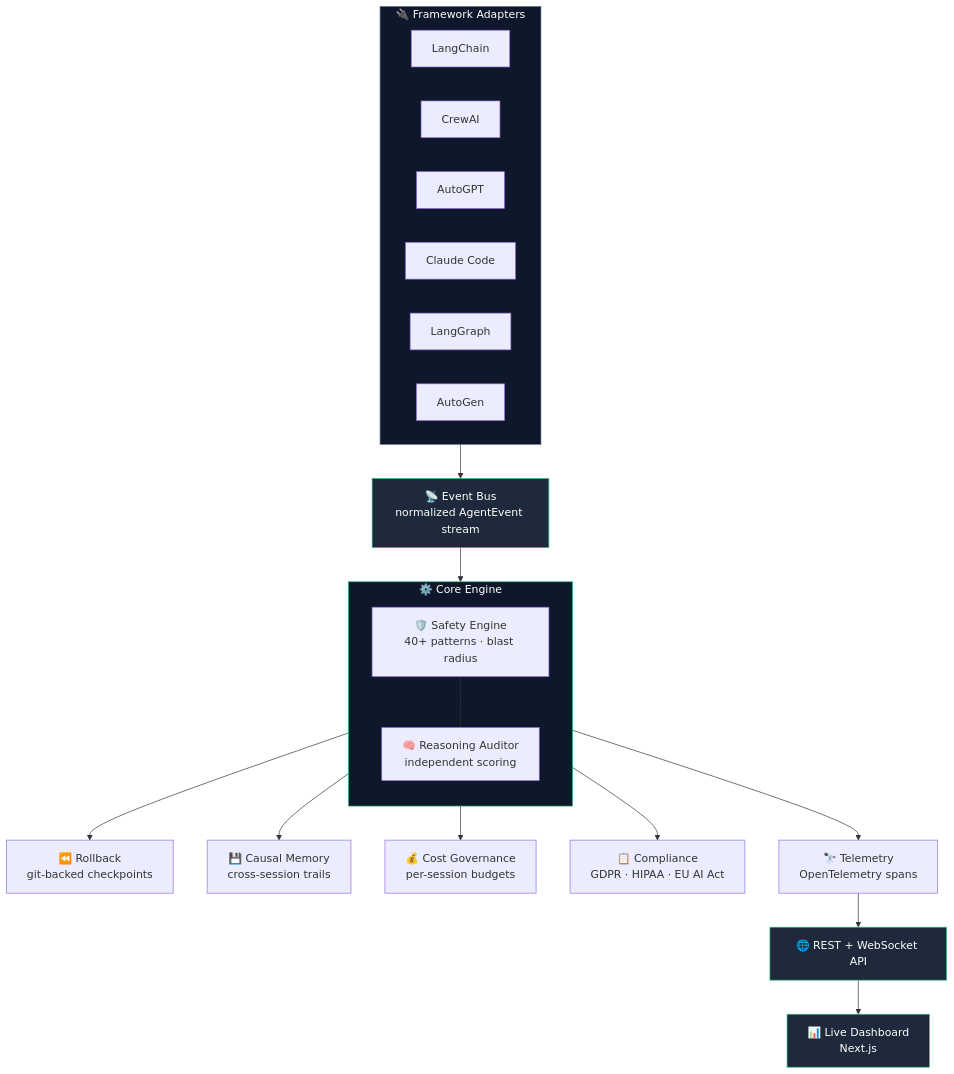
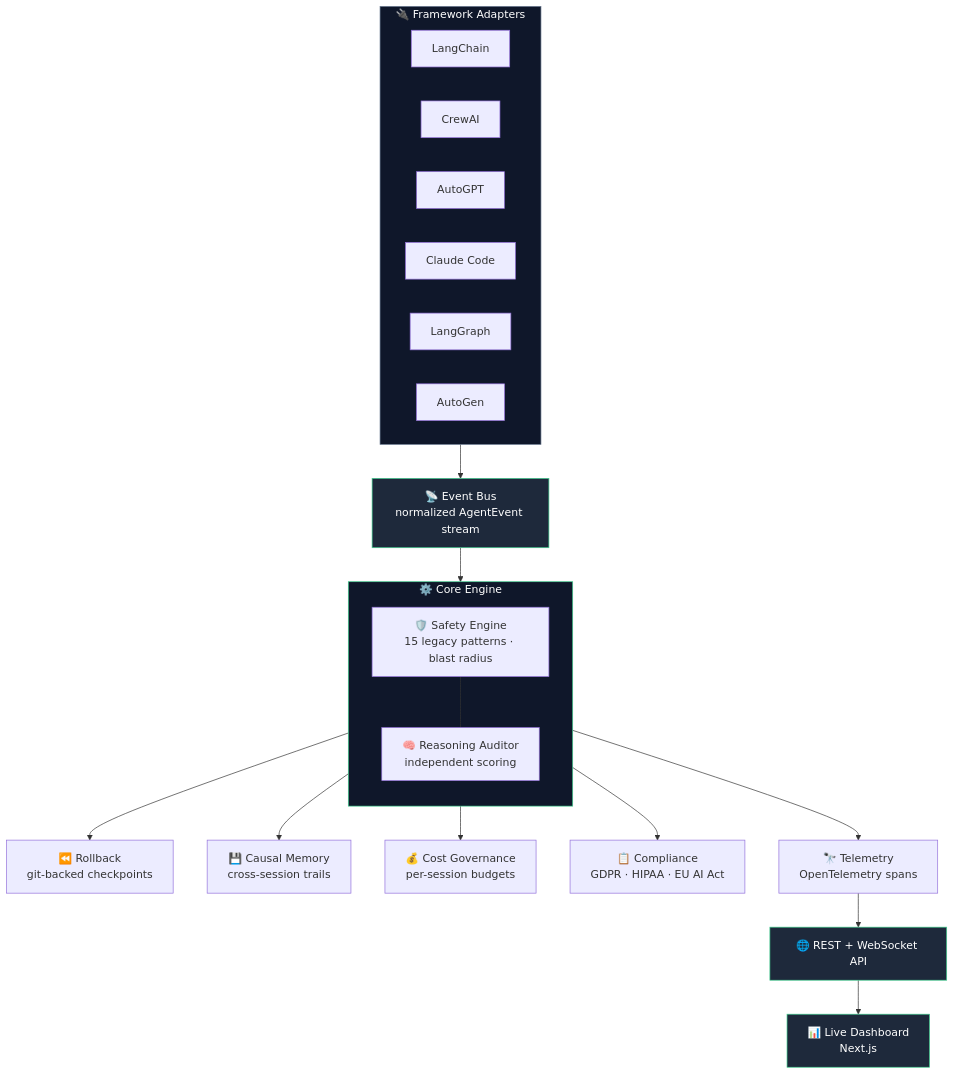
The second of 5 diagrams in README.md (Shinraya-Tech-Labs/AgentWatch), drawn with Mermaid before and after one commit. The commit also changed other lines of this file and 3 other files, not shown here.

````diff
--- a/README.md
+++ b/README.md
@@ -156,38 +156,38 @@
 ```mermaid
 flowchart TB
     subgraph ADAPTERS["🔌 Framework Adapters"]
         direction LR
         LC["LangChain"]
         CR["CrewAI"]
         AG["AutoGPT"]
         CC["Claude Code"]
         LG["LangGraph"]
         AU["AutoGen"]
     end
 
     ADAPTERS --> BUS["📡 Event Bus<br/>normalized AgentEvent stream"]
 
     BUS --> CORE
 
     subgraph CORE["⚙️ Core Engine"]
         direction TB
-        SAFE["🛡️ Safety Engine<br/>40+ patterns · blast radius"]
+        SAFE["🛡️ Safety Engine<br/>15 legacy patterns · blast radius"]
         REASON["🧠 Reasoning Auditor<br/>independent scoring"]
         SAFE --- REASON
     end
 
     CORE --> ROLL["⏪ Rollback<br/>git-backed checkpoints"]
     CORE --> MEM["💾 Causal Memory<br/>cross-session trails"]
     CORE --> COST["💰 Cost Governance<br/>per-session budgets"]
     CORE --> GOV["📋 Compliance<br/>GDPR · HIPAA · EU AI Act"]
 
     CORE --> TEL["🔭 Telemetry<br/>OpenTelemetry spans"]
     TEL --> API["🌐 REST + WebSocket API"]
     API --> DASH["📊 Live Dashboard<br/>Next.js"]
 
     style ADAPTERS fill:#0f172a,stroke:#64748b,color:#fff
     style CORE fill:#0f172a,stroke:#3ecf8e,color:#fff
     style BUS fill:#1e293b,stroke:#3ecf8e,color:#fff
     style API fill:#1e293b,stroke:#3ecf8e,color:#fff
     style DASH fill:#1e293b,stroke:#3ecf8e,color:#fff
 ```
````
